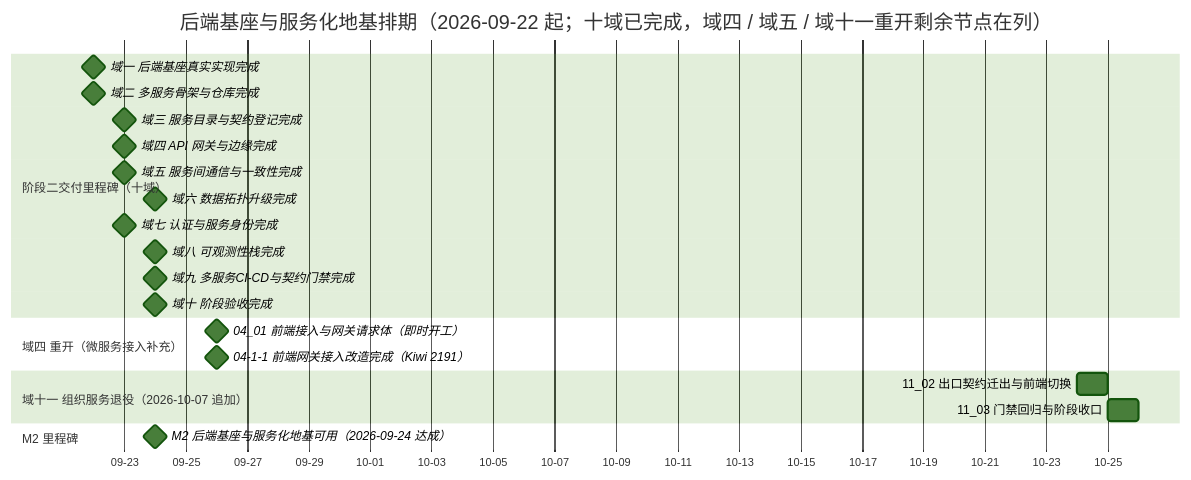
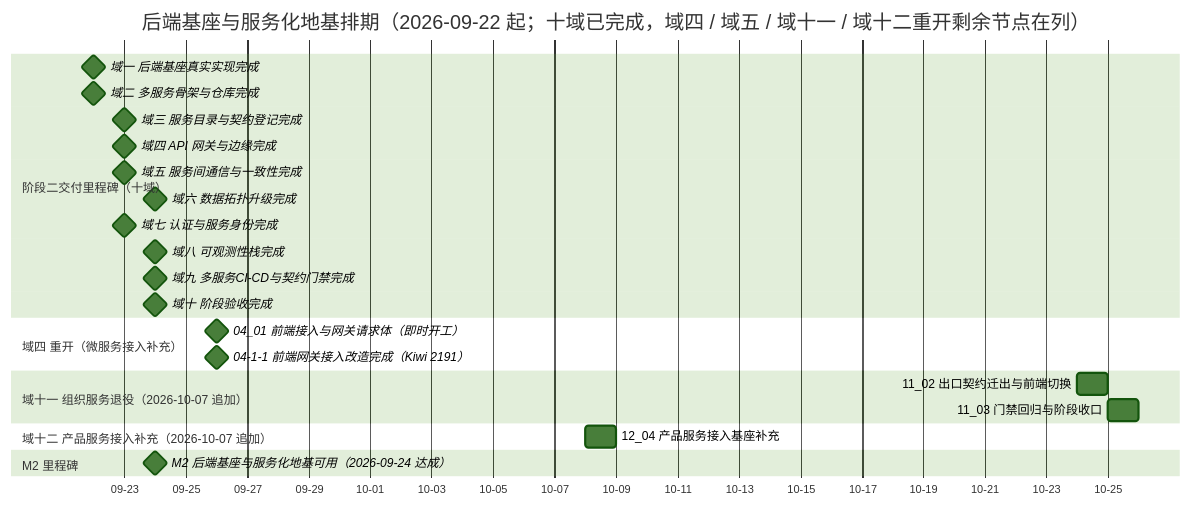
One commit to minjian123/basic-management-system changed the diagram in bms文档/项目/02_后端基座与服务化地基/计划/01_计划_后端基座与服务化地基.md. Above: the diagram before and after it, drawn with Mermaid (forest theme). The commit also changed other lines of this file and 11 other files, not shown here.

````diff
--- a/bms文档/项目/02_后端基座与服务化地基/计划/01_计划_后端基座与服务化地基.md
+++ b/bms文档/项目/02_后端基座与服务化地基/计划/01_计划_后端基座与服务化地基.md
@@ -71,25 +72,27 @@
 ```mermaid
 gantt
-    title 后端基座与服务化地基排期（2026-09-22 起；十域已完成，域四 / 域五 / 域十一重开剩余节点在列）
+    title 后端基座与服务化地基排期（2026-09-22 起；十域已完成，域四 / 域五 / 域十一 / 域十二重开剩余节点在列）
     dateFormat  YYYY-MM-DD
     axisFormat %m-%d
     section 阶段二交付里程碑（十域）
     域一 后端基座真实实现完成 :milestone, m01, 2026-09-22, 0d
     域二 多服务骨架与仓库完成 :milestone, m02, 2026-09-22, 0d
     域三 服务目录与契约登记完成 :milestone, m03, 2026-09-23, 0d
     域四 API 网关与边缘完成 :milestone, m04, 2026-09-23, 0d
     域五 服务间通信与一致性完成 :milestone, m05, 2026-09-23, 0d
     域六 数据拓扑升级完成 :milestone, m06, 2026-09-24, 0d
     域七 认证与服务身份完成 :milestone, m07, 2026-09-23, 0d
     域八 可观测性栈完成 :milestone, m08, 2026-09-24, 0d
     域九 多服务CI-CD与契约门禁完成 :milestone, m09, 2026-09-24, 0d
     域十 阶段验收完成 :milestone, m10, 2026-09-24, 0d
     section 域四 重开（微服务接入补充）
     04_01 前端接入与网关请求体（即时开工） :milestone, m0401x, 2026-09-26, 0d
     04-1-1 前端网关接入改造完成（Kiwi 2191） :milestone, m0401a, 2026-09-26, 0d
     section 域十一 组织服务退役（2026-10-07 追加）
     11_02 出口契约迁出与前端切换 :m1102, 2026-10-24, 1d
     11_03 门禁回归与阶段收口 :m1103, 2026-10-25, 1d
+    section 域十二 产品服务接入补充（2026-10-07 追加）
+    12_04 产品服务接入基座补充 :m1204, 2026-10-08, 1d
     section M2 里程碑
     M2 后端基座与服务化地基可用（2026-09-24 达成） :milestone, mm2, 2026-09-24, 0d
 ```
````
